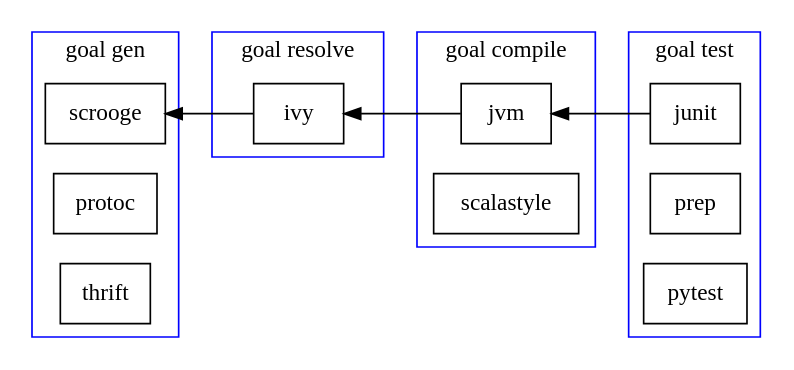
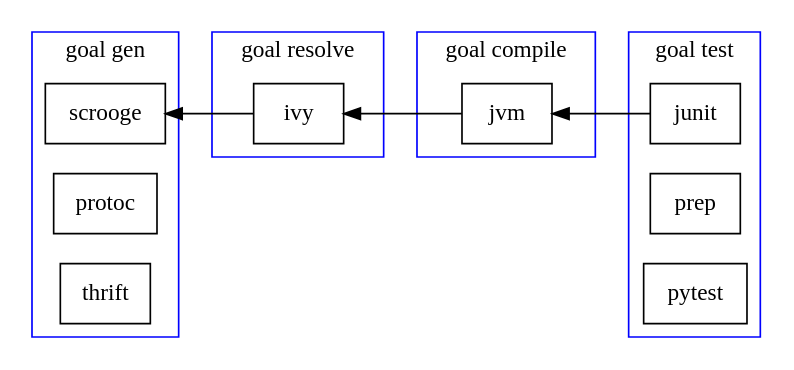
Before and after one commit to pantsbuild/pants: the diagram in src/python/pants/docs/goals_graph.dot, drawn with Graphviz. The commit also changed 1 other file, not shown here.

```diff
--- a/src/python/pants/docs/goals_graph.dot
+++ b/src/python/pants/docs/goals_graph.dot
@@ -1,31 +1,31 @@
 digraph G {
   compound=true;
   rankdir=RL;
   node [shape=box];
 
   subgraph cluster_gen {
     label="goal gen";
     color=blue;
     scrooge protoc thrift;
   }
 
   subgraph cluster_resolve {
     label="goal resolve";
     color=blue;
     ivy;
   }
 
   subgraph cluster_compile {
     label="goal compile";
     color=blue;
-    jvm scalastyle;
+    jvm;
   }
 
   subgraph cluster_test {
     label="goal test";
     color=blue;
     junit prep pytest;
   }
 
   junit -> jvm -> ivy -> scrooge;
 }
```
